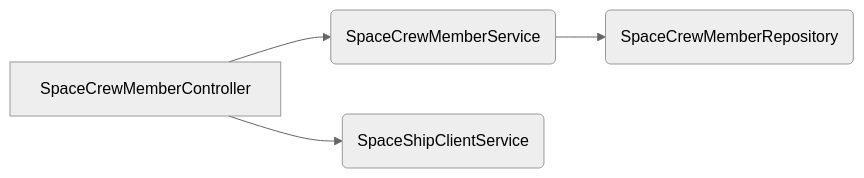
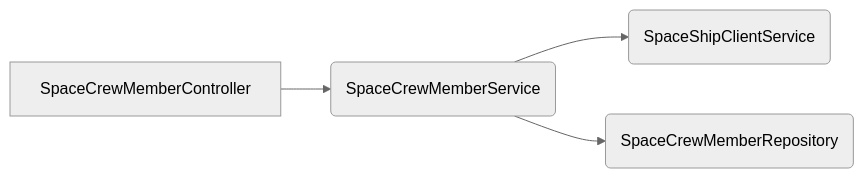
Before and after one commit to cf-training-springboot-2019/spacecrew-manager: the diagram in README.md, drawn with Mermaid (neutral theme). The commit also changed 12 other files, not shown here.

````diff
--- a/README.md
+++ b/README.md
@@ -40,6 +40,6 @@
 ```mermaid
 graph LR
 A[SpaceCrewMemberController] --> B1(SpaceCrewMemberService)
-A --> B2(SpaceShipClientService)
+B1 --> B2(SpaceShipClientService)
 B1 --> C1(SpaceCrewMemberRepository)
 ```
````
